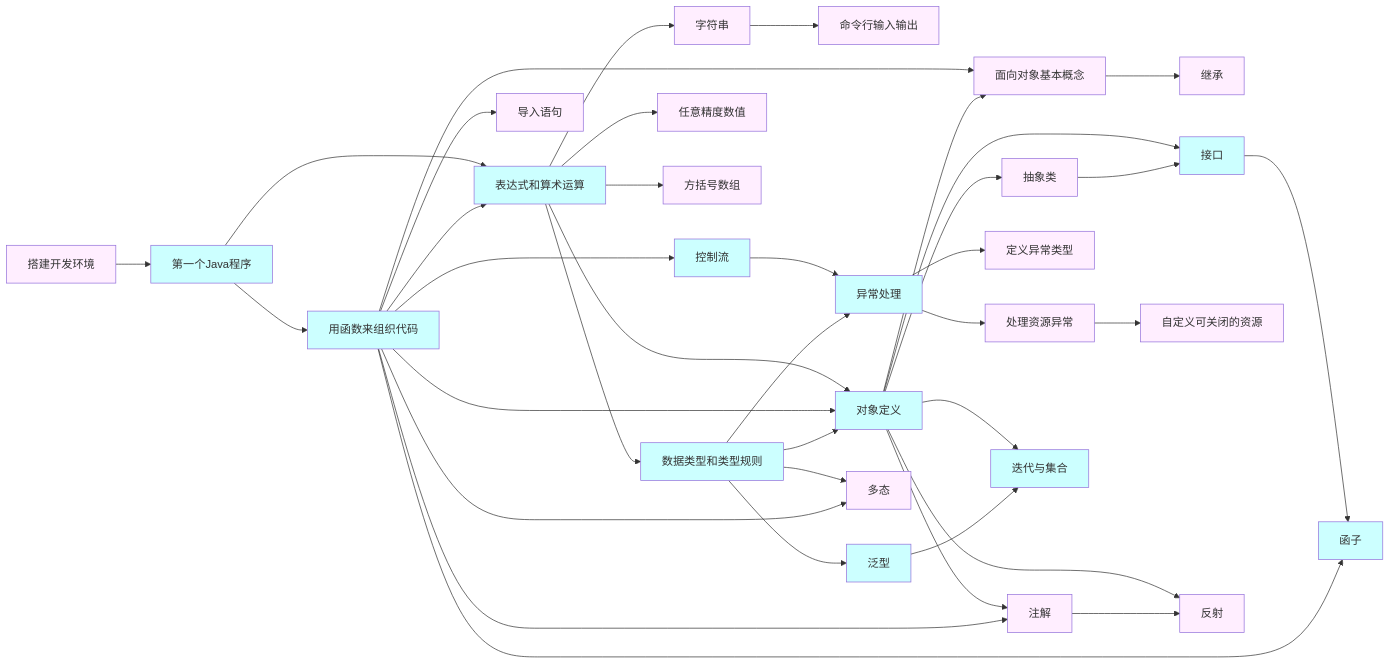
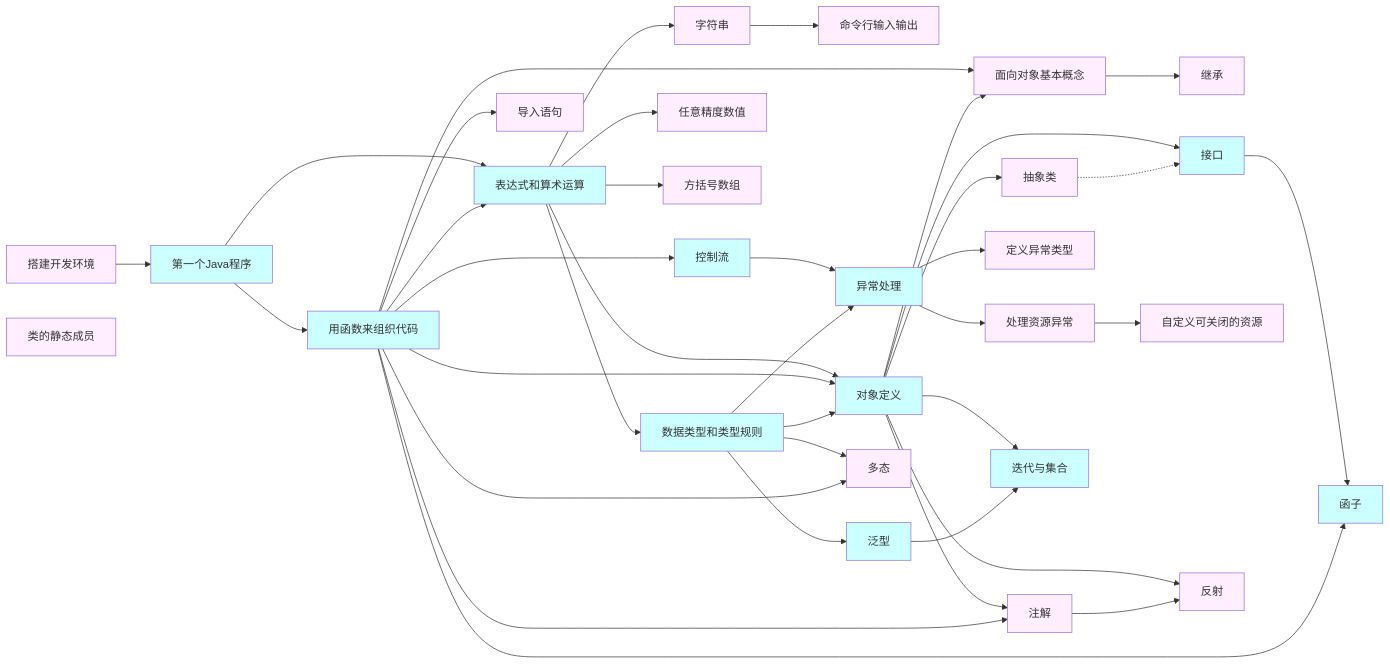
One commit to jingkaimori/JavaTutorial changed the diagram in index.md. Above: the diagram before and after it, drawn with Mermaid. The commit also changed other lines of this file and 2 other files, not shown here.

```diff
--- a/index.md
+++ b/index.md
@@ -82,71 +82,72 @@
 <div class="mermaid">
 flowchart LR
 
     classDef default fill:#fef;
     classDef important fill:#cff;
 
     env[搭建开发环境]
     1stprog[第一个Java程序]
     function[用函数来组织代码]
     expression[表达式和算术运算]
     datatype[数据类型和类型规则]
     string[字符串]
     arbitarynum[任意精度数值]
     array[方括号数组]
     io[命令行输入输出]
     ctrlflow[控制流]
     classObj[对象定义]
+    staticMember[类的静态成员]
     import[导入语句]
     exception[异常处理]
     generic[泛型]
     annotation[注解]
     oo[面向对象基本概念]
     inhertance[继承]
     polymorphism[多态]
     interface[接口]
     abstractClass[抽象类]
     functor[函子]
     customException[定义异常类型]
     autoClose[处理资源异常]
     customAutoClose[自定义可关闭的资源]
     iterate[迭代与集合]
     reflect[反射]
 
     env --> 1stprog
     1stprog --> function
     function --> expression
     function --> ctrlflow
     1stprog --> expression
     expression --> datatype
     expression --> string
     expression --> arbitarynum
     expression --> array
     datatype --> exception
     ctrlflow --> exception
     datatype --> classObj
     function --> classObj
     expression --> classObj
     string --> io
     function --> import
     annotation --> reflect
     classObj --> reflect
     datatype --> generic
     generic --> iterate
     classObj --> iterate
     function --> annotation
     classObj --> annotation
     classObj --> oo
     function --> oo
     oo --> inhertance
     classObj --> abstractClass
-    abstractClass --> interface
+    abstractClass -.-> interface
     classObj --> interface
     function --> polymorphism
     datatype --> polymorphism
     function --> functor
     interface --> functor
     exception --> customException
     exception --> autoClose
     autoClose --> customAutoClose
     class 1stprog,function,expression,datatype,ctrlflow,classObj,exception,generic,interface,functor,iterate important;
 </div>
```
